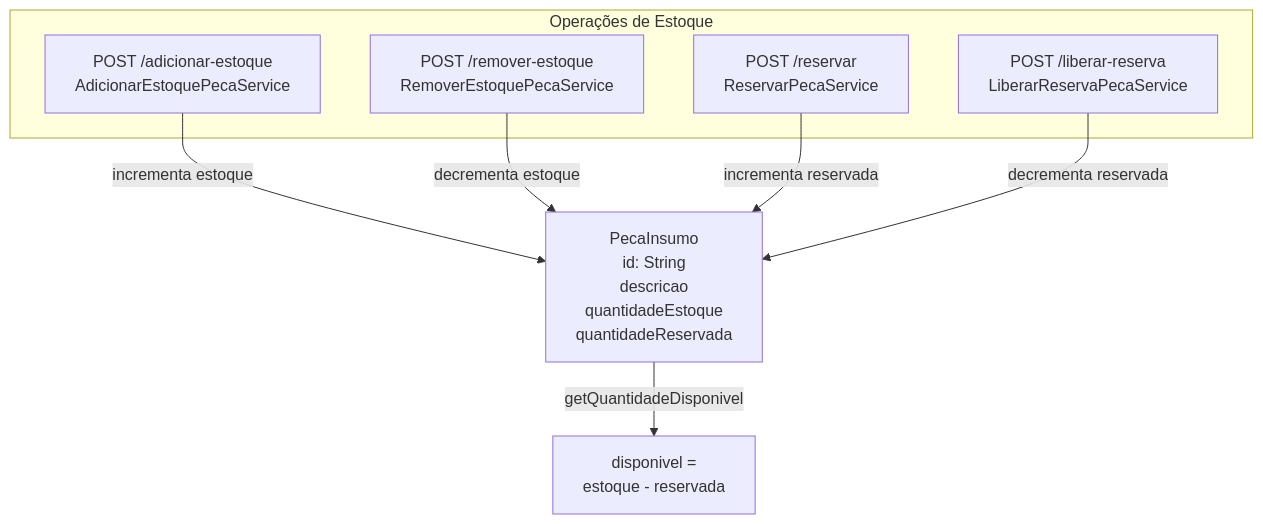
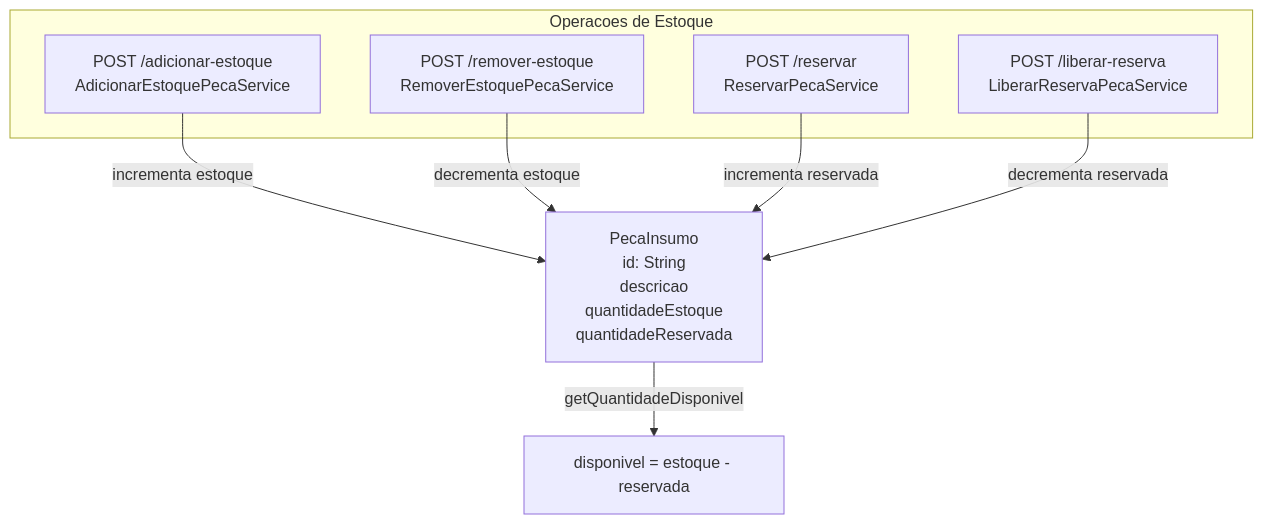
One commit to soat13-oficina/oficina-app changed the fifth of 7 diagrams in docs/fluxograma.md. Above: the diagram before and after it, drawn with Mermaid. The commit also changed other lines of this file and 1 other file, not shown here.

Commit message:
docs: corrige sintaxe Mermaid nos fluxogramas

````diff
--- a/docs/fluxograma.md
+++ b/docs/fluxograma.md
@@ -136,18 +136,18 @@
 ```mermaid
 flowchart TD
-    PECA[PecaInsumo\nid: String\ndescricao\nquantidadeEstoque\nquantidadeReservada]
+    PECA["PecaInsumo\nid: String\ndescricao\nquantidadeEstoque\nquantidadeReservada"]
 
-    PECA -->|getQuantidadeDisponivel| CALC["disponivel =\nestoque - reservada"]
+    PECA -->|getQuantidadeDisponivel| CALC["disponivel = estoque - reservada"]
 
-    subgraph OPERACOES["Operações de Estoque"]
-        ADD[POST /adicionar-estoque\nAdicionarEstoquePecaService]
-        REM[POST /remover-estoque\nRemoverEstoquePecaService]
-        RES[POST /reservar\nReservarPecaService]
-        LIB[POST /liberar-reserva\nLiberarReservaPecaService]
+    subgraph OPERACOES["Operacoes de Estoque"]
+        ADD["POST /adicionar-estoque\nAdicionarEstoquePecaService"]
+        REM["POST /remover-estoque\nRemoverEstoquePecaService"]
+        RES["POST /reservar\nReservarPecaService"]
+        LIB["POST /liberar-reserva\nLiberarReservaPecaService"]
     end
 
     ADD -->|incrementa estoque| PECA
     REM -->|decrementa estoque| PECA
     RES -->|incrementa reservada| PECA
     LIB -->|decrementa reservada| PECA
 ```
````
